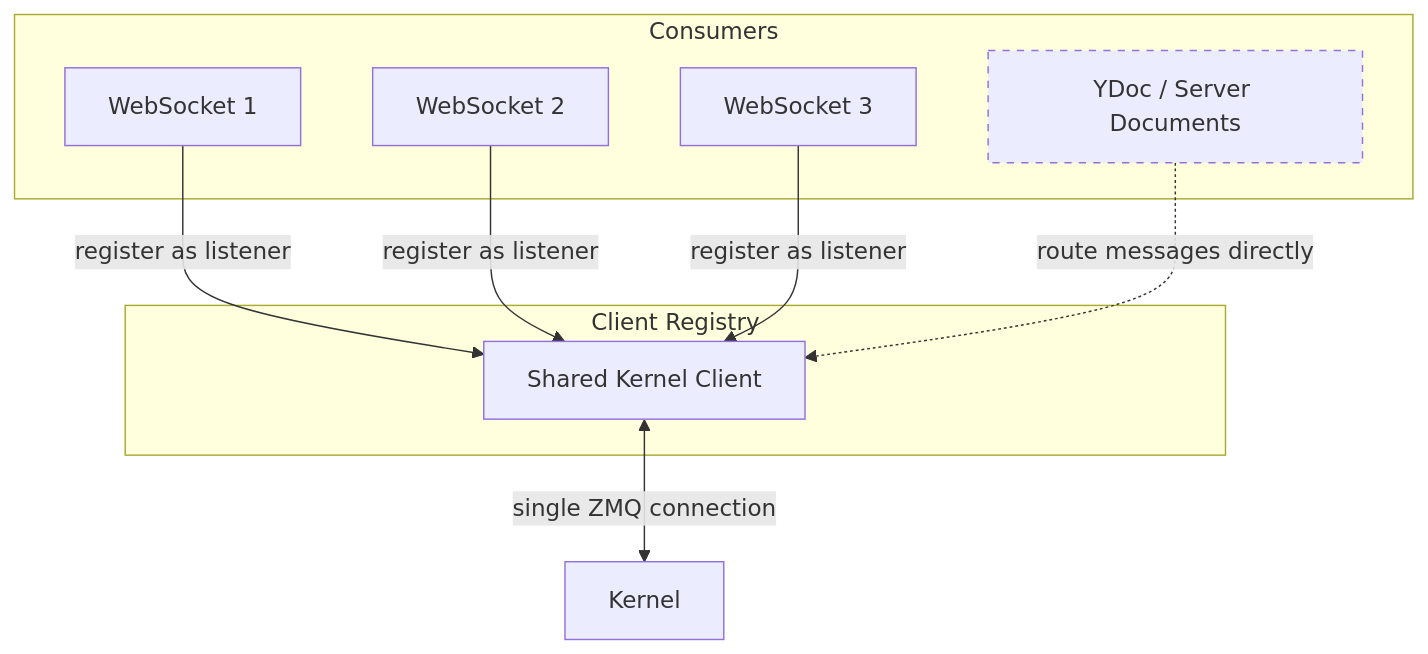
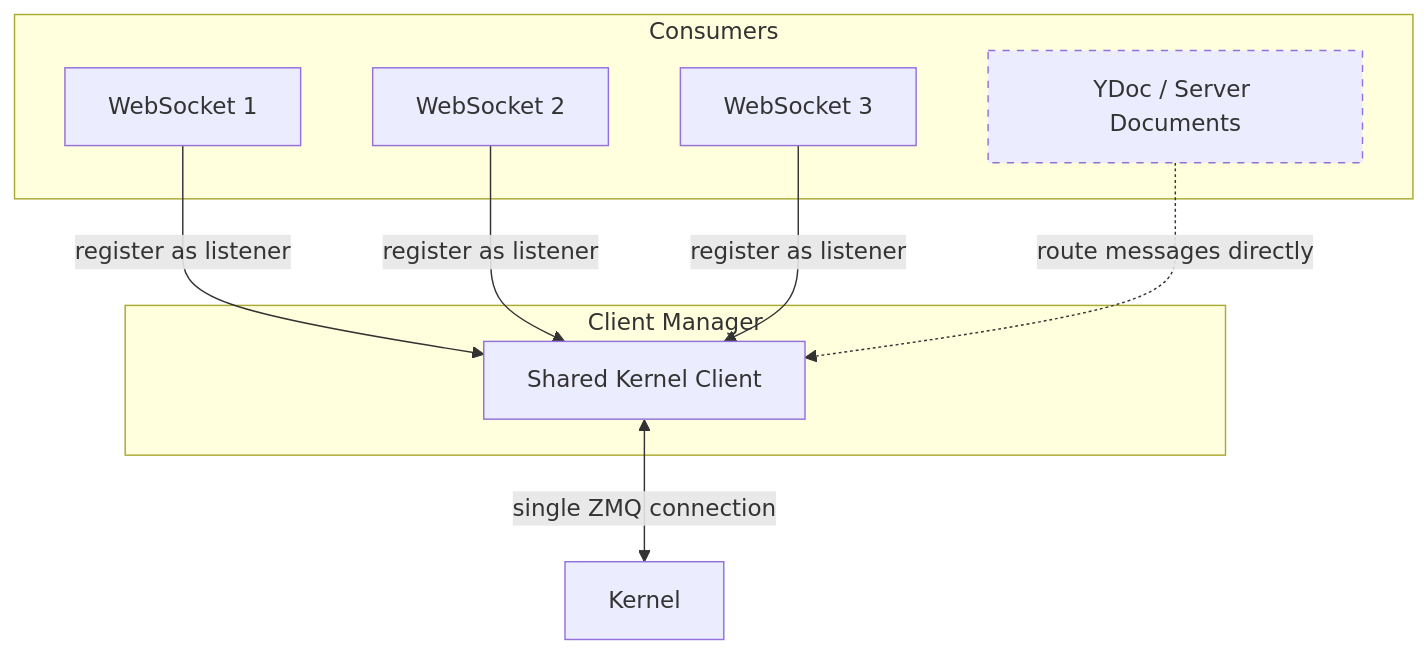
One commit to Zsailer/nextgen-kernels-api changed the second of 3 diagrams in README.md. Above: the diagram before and after it, drawn with Mermaid. The commit also changed other lines of this file and 3 other files, not shown here.

First line of the commit message:
Rename KernelClientRegistry to KernelClientManager

````diff
--- a/README.md
+++ b/README.md
@@ -28,22 +28,22 @@
 ```mermaid
 graph TB
     subgraph Consumers
         WS1[WebSocket 1]
         WS2[WebSocket 2]
         WS3[WebSocket 3]
         YD[YDoc / Server Documents]
     end
 
-    subgraph "Client Registry"
+    subgraph "Client Manager"
         KC[Shared Kernel Client]
     end
 
     WS1 -->|register as listener| KC
     WS2 -->|register as listener| KC
     WS3 -->|register as listener| KC
     YD -.->|route messages directly| KC
 
     KC <-->|single ZMQ connection| K[Kernel]
 
     style YD stroke-dasharray: 5 5
 ```
````
